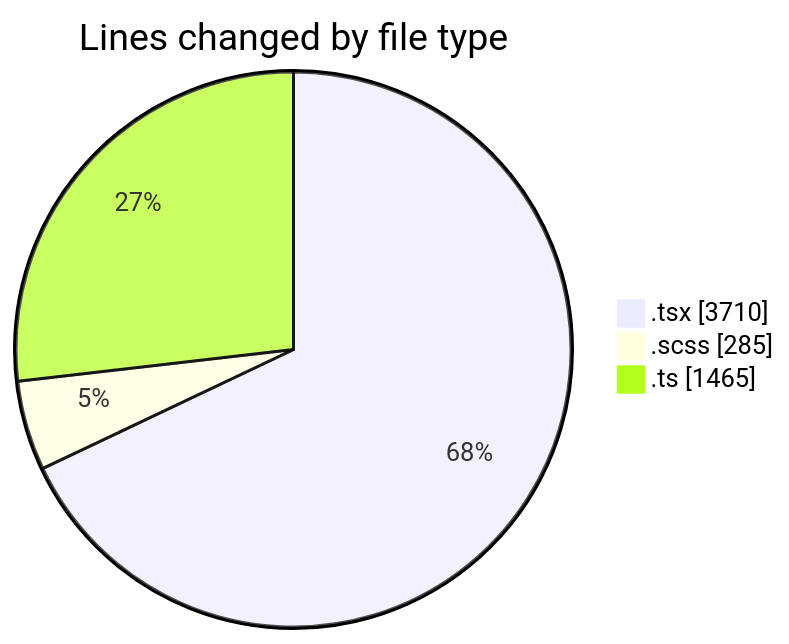
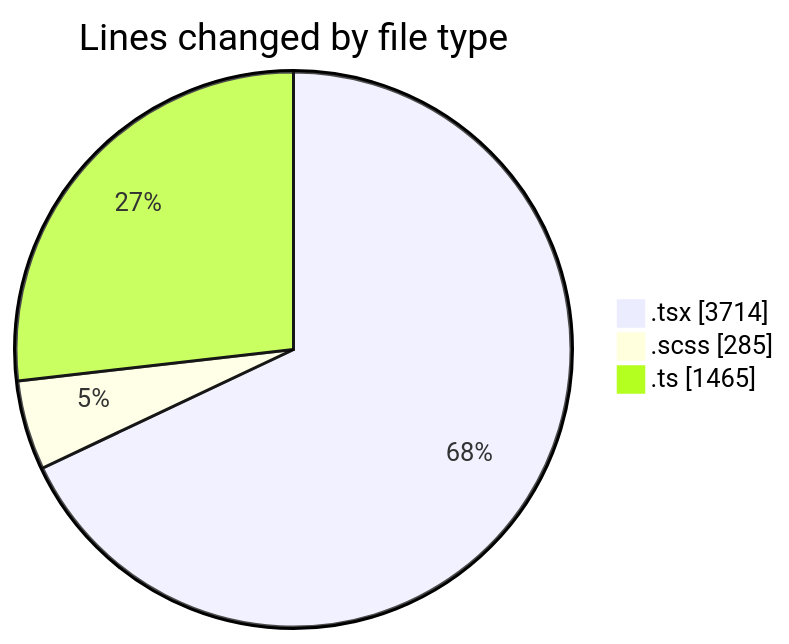
Before and after one commit to momahboobian/code-tracking: the first of 2 diagrams in 2026-02-25/cda/README.md, drawn with Mermaid. The commit also changed other lines of this file and 1 other file, not shown here.

````diff
--- a/2026-02-25/cda/README.md
+++ b/2026-02-25/cda/README.md
@@ -26,7 +26,7 @@
 ```mermaid
 pie showData
 title Lines changed by file type
-".tsx" : 3710
+".tsx" : 3714
 ".scss" : 285
 ".ts" : 1465
 ```
````
